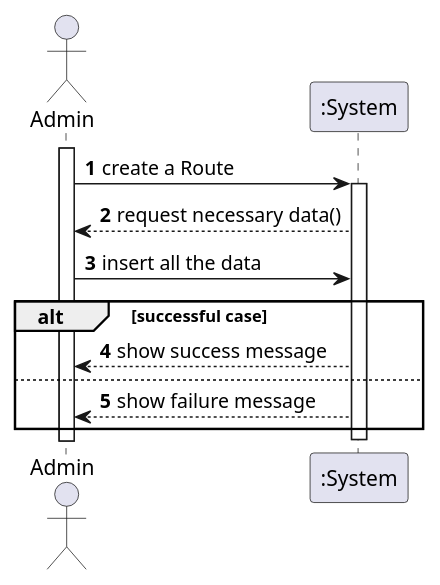
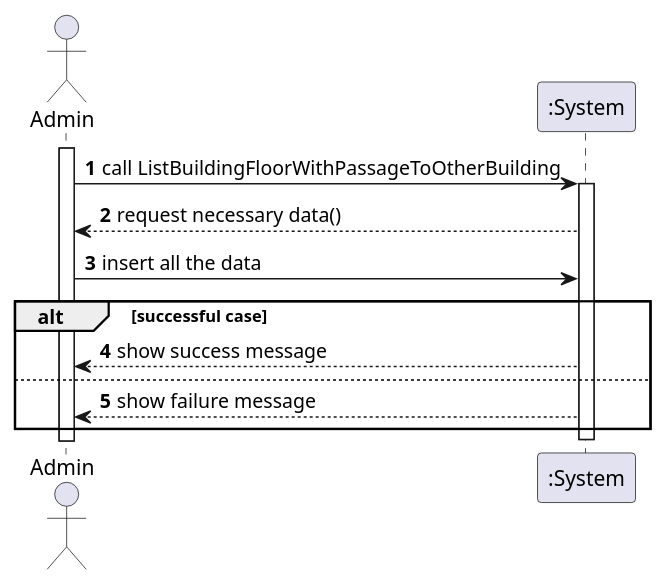
Before and after one commit to NunoTeixeiraMota/ProjetoIntegrador24: the diagram in docs/1200941/us220/Level1.puml, drawn with PlantUML. The commit also changed 11 other files, not shown here.

Commit message:
Changes to SINTAX of diagrams

```diff
--- a/docs/1200941/us220/Level1.puml
+++ b/docs/1200941/us220/Level1.puml
@@ -1,22 +1,22 @@
 @startuml
 autonumber
 'hide footbox
 actor "Admin" as admin
 
 participant ":System" as sys
 
 activate admin
 
-admin -> sys: create a Route
+admin -> sys: call ListBuildingFloorWithPassageToOtherBuilding
 activate sys
 
 sys --> admin: request necessary data()
 admin -> sys : insert all the data
 
 alt successful case
     sys --> admin: show success message
 else
     sys --> admin: show failure message
 end
 deactivate sys
 @enduml
```
